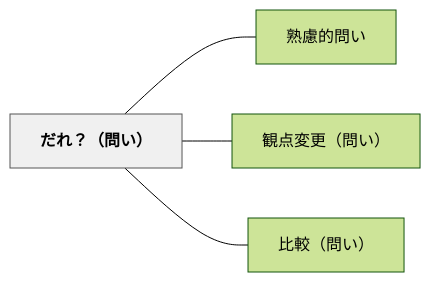
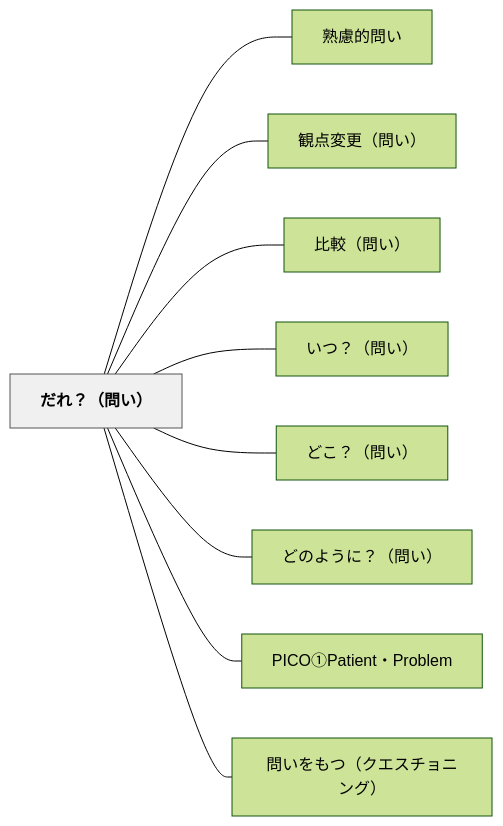
The diagram in content/パタン/だれ？（問い）.md (unknownthings-ed-patterns/unknownthings-ed-patterns), drawn with Mermaid (forest theme) before and after one commit. The commit also changed other lines of this file and 36 other files, not shown here.

````diff
--- a/content/パタン/だれ？（問い）.md
+++ b/content/パタン/だれ？（問い）.md
@@ -37,14 +42,24 @@
 ```mermaid
 flowchart LR
     ne381a0e3828cefbc9fefbc88e5958fe38184efbc89["だれ？（問い）"]
     ne7869fe685aee79a84e5958fe38184["熟慮的問い"]
     ne8a6b3e782b9e5a489e69bb4efbc88e5958fe38184efbc89["観点変更（問い）"]
     ne6af94e8bc83efbc88e5958fe38184efbc89["比較（問い）"]
+    ne38184e381a4efbc9fefbc88e5958fe38184efbc89["いつ？（問い）"]
+    ne381a9e38193efbc9fefbc88e5958fe38184efbc89["どこ？（問い）"]
+    ne381a9e381aee38288e38186e381abefbc9fefbc88e5958fe38184efbc89["どのように？（問い）"]
+    n5049434fe291a050617469656e74e383bb50726f626c656d["PICO①Patient・Problem"]
+    ne5958fe38184e38292e38282e381a4efbc88e382afe382a8e382b9e38381e383a7e3838be383b3e382b0efbc89["問いをもつ（クエスチョニング）"]
 
     ne381a0e3828cefbc9fefbc88e5958fe38184efbc89 --- ne7869fe685aee79a84e5958fe38184
     ne381a0e3828cefbc9fefbc88e5958fe38184efbc89 --- ne8a6b3e782b9e5a489e69bb4efbc88e5958fe38184efbc89
     ne381a0e3828cefbc9fefbc88e5958fe38184efbc89 --- ne6af94e8bc83efbc88e5958fe38184efbc89
+    ne381a0e3828cefbc9fefbc88e5958fe38184efbc89 --- ne38184e381a4efbc9fefbc88e5958fe38184efbc89
+    ne381a0e3828cefbc9fefbc88e5958fe38184efbc89 --- ne381a9e38193efbc9fefbc88e5958fe38184efbc89
+    ne381a0e3828cefbc9fefbc88e5958fe38184efbc89 --- ne381a9e381aee38288e38186e381abefbc9fefbc88e5958fe38184efbc89
+    ne381a0e3828cefbc9fefbc88e5958fe38184efbc89 --- n5049434fe291a050617469656e74e383bb50726f626c656d
+    ne381a0e3828cefbc9fefbc88e5958fe38184efbc89 --- ne5958fe38184e38292e38282e381a4efbc88e382afe382a8e382b9e38381e383a7e3838be383b3e382b0efbc89
 
     classDef hub fill:#f0f0f0,stroke:#555,color:#000,font-weight:bold
     class ne381a0e3828cefbc9fefbc88e5958fe38184efbc89 hub
 ```
````
